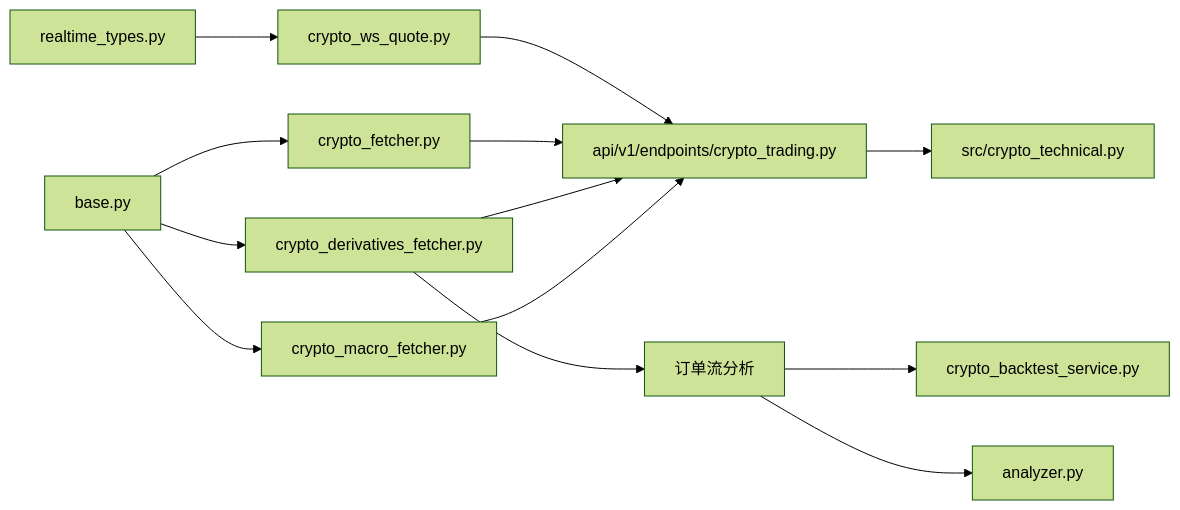
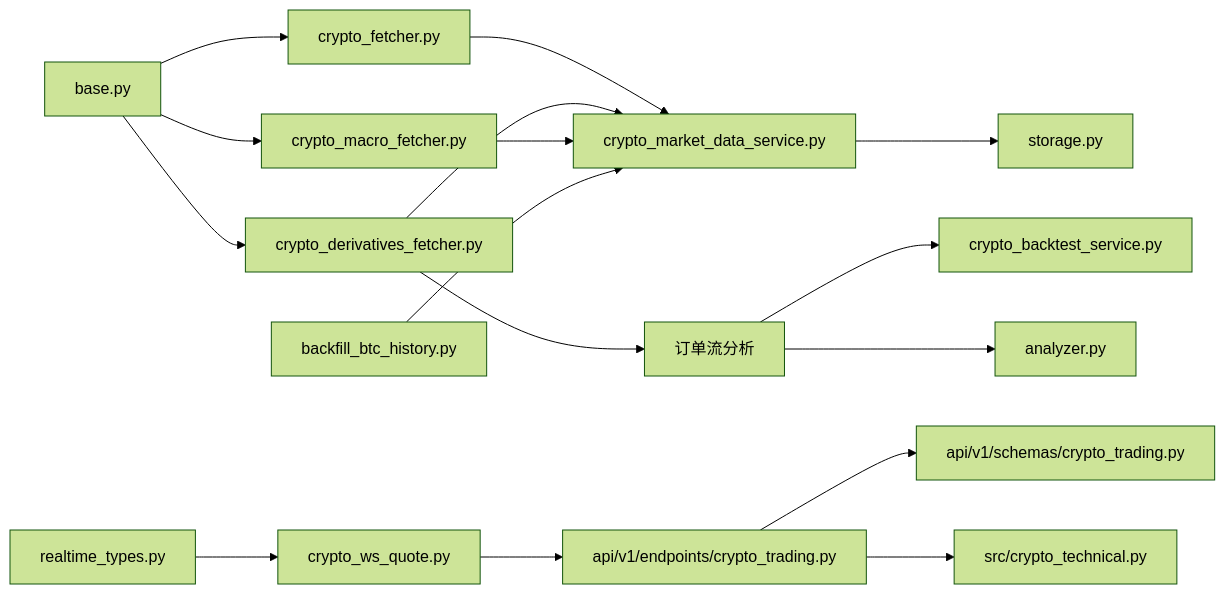
One commit to anYaoooo/daily_stock_analysis changed diagram 14 of 14 in .qoder/repowiki/zh/content/数据源集成/股票数据源/加密货币数据提供商.md. Above: the diagram before and after it, drawn with Mermaid (forest theme). The commit also changed other lines of this file and 16 other files, not shown here.

````diff
--- a/.qoder/repowiki/zh/content/数据源集成/股票数据源/加密货币数据提供商.md
+++ b/.qoder/repowiki/zh/content/数据源集成/股票数据源/加密货币数据提供商.md
@@ -395,15 +552,18 @@
 ```mermaid
 graph LR
 Base["base.py"] --> CF["crypto_fetcher.py"]
 Base --> CDF["crypto_derivatives_fetcher.py"]
 Base --> CMF["crypto_macro_fetcher.py"]
 RT["realtime_types.py"] --> CWS["crypto_ws_quote.py"]
 CWS --> API_EP["api/v1/endpoints/crypto_trading.py"]
-CF --> API_EP
-CDF --> API_EP
-CMF --> API_EP
+CF --> CMS["crypto_market_data_service.py"]
+CDF --> CMS
+CMF --> CMS
+CMS --> DBM["storage.py"]
+BHS["backfill_btc_history.py"] --> CMS
+API_EP --> API_SC["api/v1/schemas/crypto_trading.py"]
 API_EP --> CT["src/crypto_technical.py"]
 CDF --> ABS["订单流分析"]
 ABS --> CBS["crypto_backtest_service.py"]
 ABS --> ANA["analyzer.py"]
 ```
````
